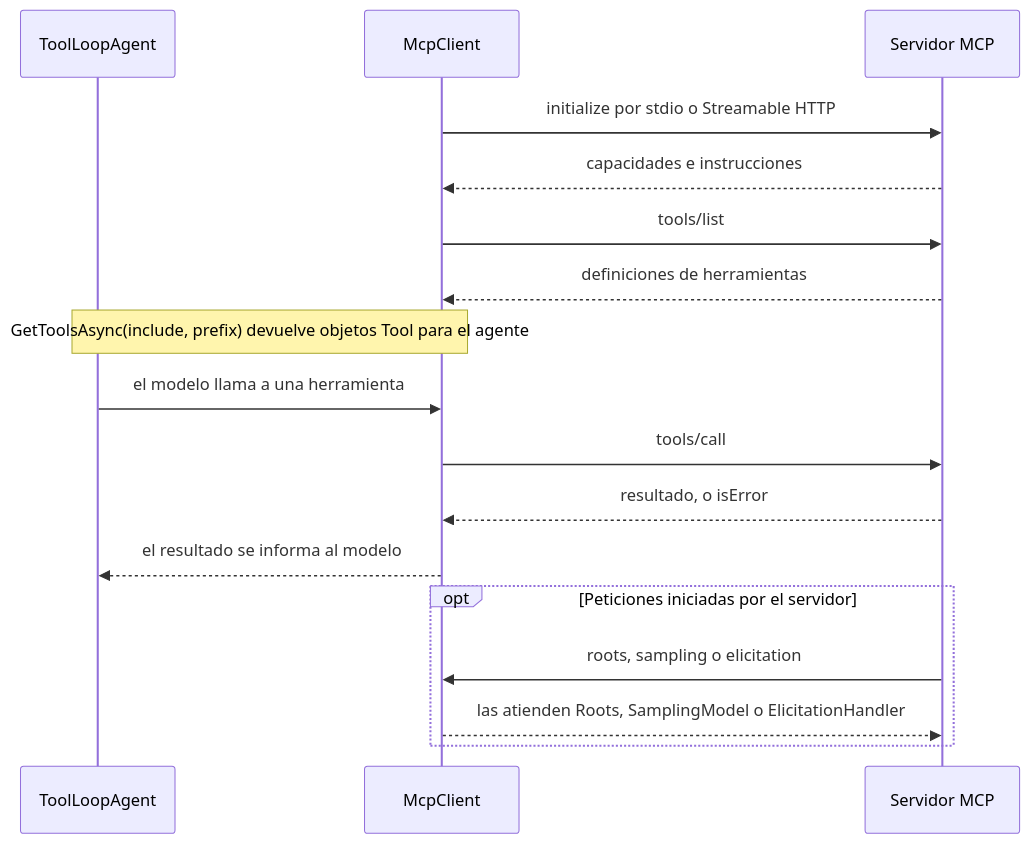
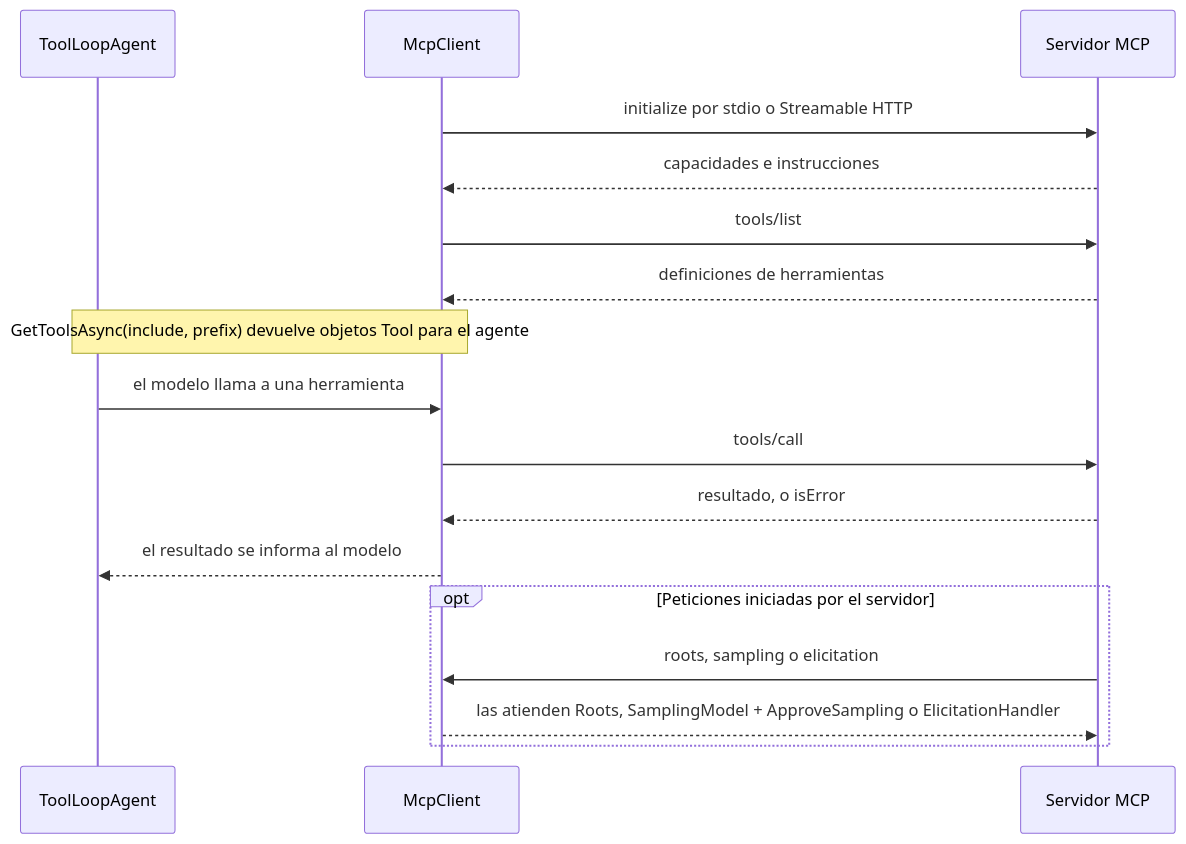
One commit to bluesmilecl/AiSdk.Net changed the diagram in docs/wiki/es-MCP.md. Above: the diagram before and after it, drawn with Mermaid. The commit also changed other lines of this file and 3 other files, not shown here.

````diff
--- a/docs/wiki/es-MCP.md
+++ b/docs/wiki/es-MCP.md
@@ -5,19 +5,19 @@
 ```mermaid
 sequenceDiagram
     participant Agent as ToolLoopAgent
     participant Client as McpClient
     participant Server as Servidor MCP
     Client->>Server: initialize por stdio o Streamable HTTP
     Server-->>Client: capacidades e instrucciones
     Client->>Server: tools/list
     Server-->>Client: definiciones de herramientas
     Note over Agent,Client: GetToolsAsync(include, prefix) devuelve objetos Tool para el agente
     Agent->>Client: el modelo llama a una herramienta
     Client->>Server: tools/call
     Server-->>Client: resultado, o isError
     Client-->>Agent: el resultado se informa al modelo
     opt Peticiones iniciadas por el servidor
         Server->>Client: roots, sampling o elicitation
-        Client-->>Server: las atienden Roots, SamplingModel o ElicitationHandler
+        Client-->>Server: las atienden Roots, SamplingModel + ApproveSampling o ElicitationHandler
     end
 ```
````
